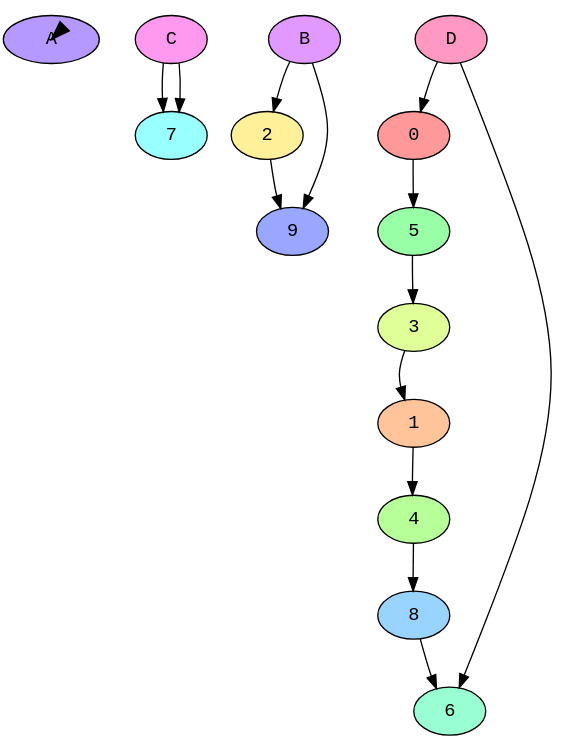
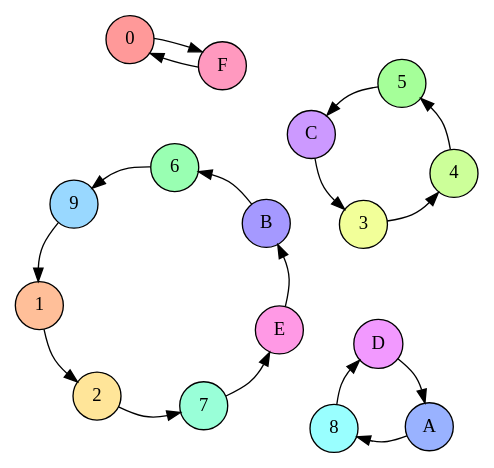
The diagram in Illustrations/BlockCipher/Encryption.dot (crypto101/book), drawn with Graphviz before and after one commit. The commit also changed 3 other files, not shown here.

```diff
--- a/Illustrations/BlockCipher/Encryption.dot
+++ b/Illustrations/BlockCipher/Encryption.dot
@@ -1,104 +1,8 @@
+
 digraph G {
-	graph [bb="-135.91,-136.32,227.94,199.96",
-		splines=curved
-	];
-	node [label="\N"];
-	A	 [fillcolor="0.714285714286 0.4 1",
-		fontname=Courier,
-		height=0.5,
-		pos="10,1",
-		style=filled,
-		width=0.75];
-	A -> A	 [pos="e,35.443,-5.6907 35.443,7.6907 46.028,8.1521 55,5.9219 55,1 55,-2.23 51.136,-4.3008 45.488,-5.2124"];
-	C	 [fillcolor="0.857142857143 0.4 1",
-		fontname=Courier,
-		height=0.5,
-		pos="129.4,-107.68",
-		style=filled,
-		width=0.75];
-	7	 [fillcolor="0.5 0.4 1",
-		fontname=Courier,
-		height=0.5,
-		pos="200.6,-118.32",
-		style=filled,
-		width=0.75];
-	C -> 7	 [pos="e,177.8,-108.44 156.47,-105.12 160.21,-105.5 164.08,-106.01 167.9,-106.62"];
-	B	 [fillcolor="0.785714285714 0.4 1",
-		fontname=Courier,
-		height=0.5,
-		pos="128.73,181.49",
-		style=filled,
-		width=0.75];
-	2	 [fillcolor="0.142857142857 0.4 1",
-		fontname=Courier,
-		height=0.5,
-		pos="200.94,181.96",
-		style=filled,
-		width=0.75];
-	B -> 2	 [pos="e,177.11,190.66 152.23,190.4 157.9,192.1 162.47,192.79 167.27,192.48"];
-	D	 [fillcolor="0.928571428571 0.4 1",
-		fontname=Courier,
-		height=0.5,
-		pos="-104.24,-47.66",
-		style=filled,
-		width=0.75];
-	0	 [fillcolor="0.0 0.4 1",
-		fontname=Courier,
-		height=0.5,
-		pos="-108.91,33.238",
-		style=filled,
-		width=0.75];
-	D -> 0	 [pos="e,-114.7,15.44 -112.16,-30.419 -118.75,-15.269 -120.25,-7.4529 -117.38,5.4993"];
-	1	 [fillcolor="0.0714285714286 0.4 1",
-		fontname=Courier,
-		height=0.5,
-		pos="86.191,45.649",
-		style=filled,
-		width=0.75];
-	4	 [fillcolor="0.285714285714 0.4 1",
-		fontname=Courier,
-		height=0.5,
-		pos="90.907,-35.248",
-		style=filled,
-		width=0.75];
-	1 -> 4	 [pos="e,96.684,-17.455 94.129,28.404 100.72,13.25 102.23,5.4334 99.358,-7.5163"];
-	5	 [fillcolor="0.357142857143 0.4 1",
-		fontname=Courier,
-		height=0.5,
-		pos="-55.396,94.07",
-		style=filled,
-		width=0.75];
-	0 -> 5	 [pos="e,-77.001,82.704 -102.53,50.777 -97.396,64.073 -93.441,70.885 -85.528,77.053"];
-	3	 [fillcolor="0.214285714286 0.4 1",
-		fontname=Courier,
-		height=0.5,
-		pos="25.474,99.332",
-		style=filled,
-		width=0.75];
-	3 -> 1	 [pos="e,77.288,62.963 49.247,90.356 60.313,85.527 66.063,80.997 72.065,71.846"];
-	9	 [fillcolor="0.642857142857 0.4 1",
-		fontname=Courier,
-		height=0.5,
-		pos="165.33,119.55",
-		style=filled,
-		width=0.75];
-	2 -> 9	 [pos="e,180.77,134.73 198.54,163.89 196.88,155.39 194.26,149.87 187.82,142.35"];
-	5 -> 3	 [pos="e,0.81645,106.89 -33.119,104.26 -23.728,108.06 -17.139,109.46 -9.2637,108.73"];
-	8	 [fillcolor="0.571428571429 0.4 1",
-		fontname=Courier,
-		height=0.5,
-		pos="37.424,-96.106",
-		style=filled,
-		width=0.75];
-	4 -> 8	 [pos="e,59.017,-84.736 84.531,-52.795 79.4,-66.097 75.447,-72.912 67.539,-79.083"];
-	7 -> C	 [pos="e,152.2,-117.56 173.53,-120.88 169.79,-120.5 165.92,-119.99 162.1,-119.38"];
-	6	 [fillcolor="0.428571428571 0.4 1",
-		fontname=Courier,
-		height=0.5,
-		pos="-43.453,-101.28",
-		style=filled,
-		width=0.75];
-	6 -> D	 [pos="e,-95.317,-64.96 -67.243,-92.321 -78.319,-87.501 -84.075,-82.978 -90.086,-73.835"];
-	9 -> B	 [pos="e,131.44,163.27 149.64,134.52 141.63,142.46 137.23,147.76 134.49,153.71"];
-	8 -> 6	 [pos="e,-18.89,-108.84 14.85,-106.39 5.566,-110.11 -0.98841,-111.46 -8.8383,-110.7"];
+    graph [splines=curved; layout=neato; start=5; epsilon=0.001];
+    node [style=filled, shape=circle];
+    edge [];
+    0 [fillcolor="0.0 0.4 1"]; 1 [fillcolor="0.0625 0.4 1"]; 2 [fillcolor="0.125 0.4 1"]; 3 [fillcolor="0.1875 0.4 1"]; 4 [fillcolor="0.25 0.4 1"]; 5 [fillcolor="0.3125 0.4 1"]; 6 [fillcolor="0.375 0.4 1"]; 7 [fillcolor="0.4375 0.4 1"]; 8 [fillcolor="0.5 0.4 1"]; 9 [fillcolor="0.5625 0.4 1"]; A [fillcolor="0.625 0.4 1"]; B [fillcolor="0.6875 0.4 1"]; C [fillcolor="0.75 0.4 1"]; D [fillcolor="0.8125 0.4 1"]; E [fillcolor="0.875 0.4 1"]; F [fillcolor="0.9375 0.4 1"];
+    F -> 0; 9 -> 1; 1 -> 2; C -> 3; 3 -> 4; 4 -> 5; B -> 6; 2 -> 7; A -> 8; 6 -> 9; D -> A; E -> B; 5 -> C; 8 -> D; 7 -> E; 0 -> F;
 }
```
